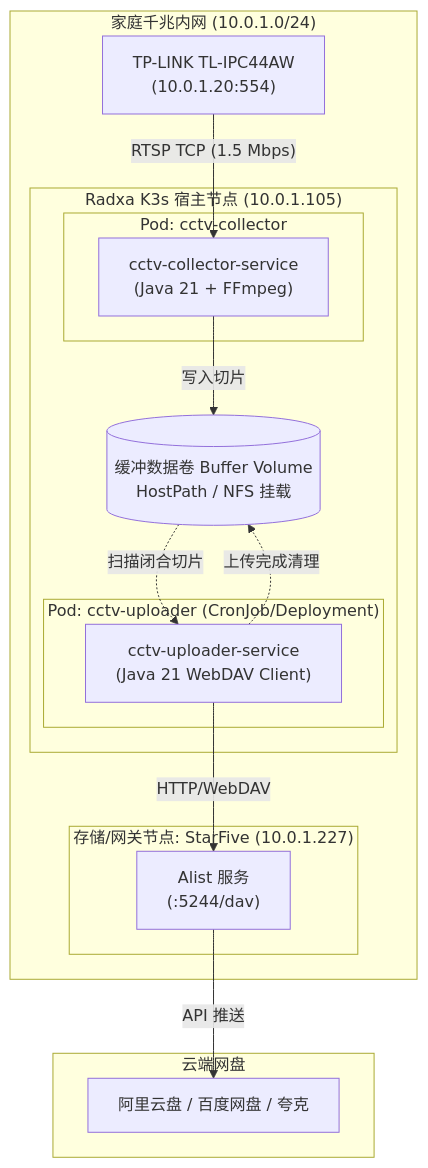
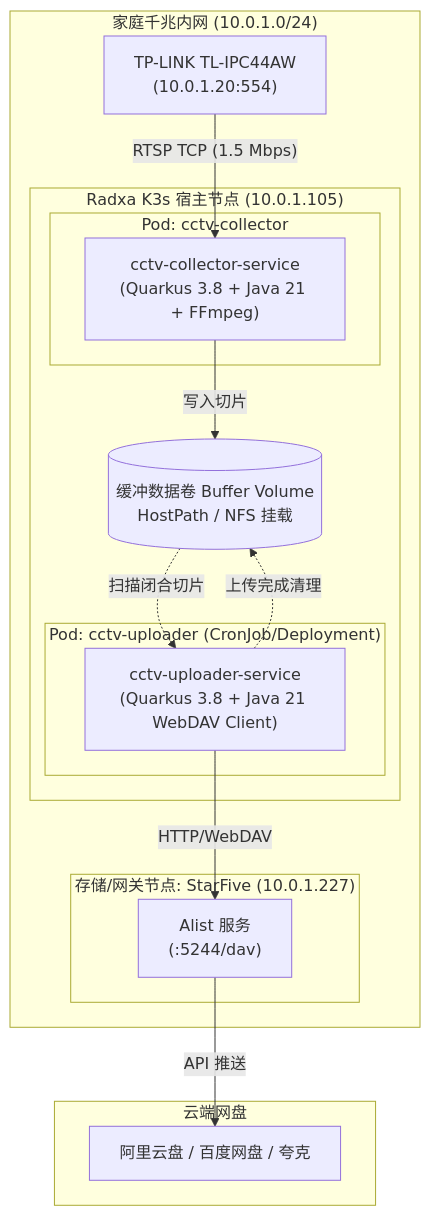
One commit to nvd11/cctv-collector changed the third of 4 diagrams in docs/ARCHITECTURE.md. Above: the diagram before and after it, drawn with Mermaid. The commit also changed other lines of this file and 13 other files, not shown here.

````diff
--- a/docs/ARCHITECTURE.md
+++ b/docs/ARCHITECTURE.md
@@ -195,33 +195,33 @@
 ```mermaid
 graph TD
     subgraph LAN_HOME["家庭千兆内网 (10.0.1.0/24)"]
         IPC["TP-LINK TL-IPC44AW<br/>(10.0.1.20:554)"]
 
         subgraph RADXA_K3S["Radxa K3s 宿主节点 (10.0.1.105)"]
             subgraph K3S_POD_COLLECTOR["Pod: cctv-collector"]
-                COLLECTOR_CONTAINER["cctv-collector-service<br/>(Java 21 + FFmpeg)"]
+                COLLECTOR_CONTAINER["cctv-collector-service<br/>(Quarkus 3.8 + Java 21 + FFmpeg)"]
             end
 
             subgraph K3S_POD_UPLOADER["Pod: cctv-uploader (CronJob/Deployment)"]
-                UPLOADER_CONTAINER["cctv-uploader-service<br/>(Java 21 WebDAV Client)"]
+                UPLOADER_CONTAINER["cctv-uploader-service<br/>(Quarkus 3.8 + Java 21 WebDAV Client)"]
             end
 
             SHARED_VOL[("缓冲数据卷 Buffer Volume<br/>HostPath / NFS 挂载")]
         end
 
         subgraph STARFIVE_NODE["存储/网关节点: StarFive (10.0.1.227)"]
             ALIST["Alist 服务<br/>(:5244/dav)"]
         end
     end
 
     subgraph CLOUD["云端网盘"]
         NETDISK["阿里云盘 / 百度网盘 / 夸克"]
     end
 
     IPC -->|"RTSP TCP (1.5 Mbps)"| COLLECTOR_CONTAINER
     COLLECTOR_CONTAINER -->|"写入切片"| SHARED_VOL
     SHARED_VOL -.->|"扫描闭合切片"| UPLOADER_CONTAINER
     UPLOADER_CONTAINER -->|"HTTP/WebDAV"| ALIST
     ALIST -->|"API 推送"| NETDISK
     UPLOADER_CONTAINER -.->|"上传完成清理"| SHARED_VOL
 ```
````
